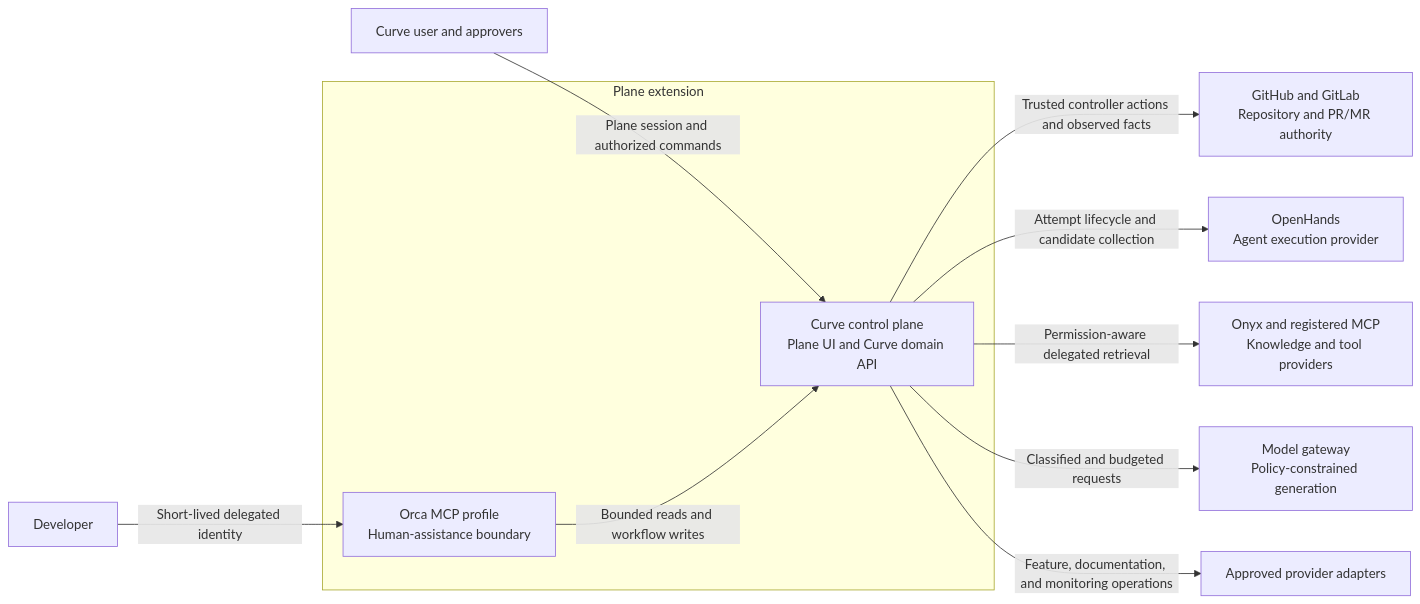
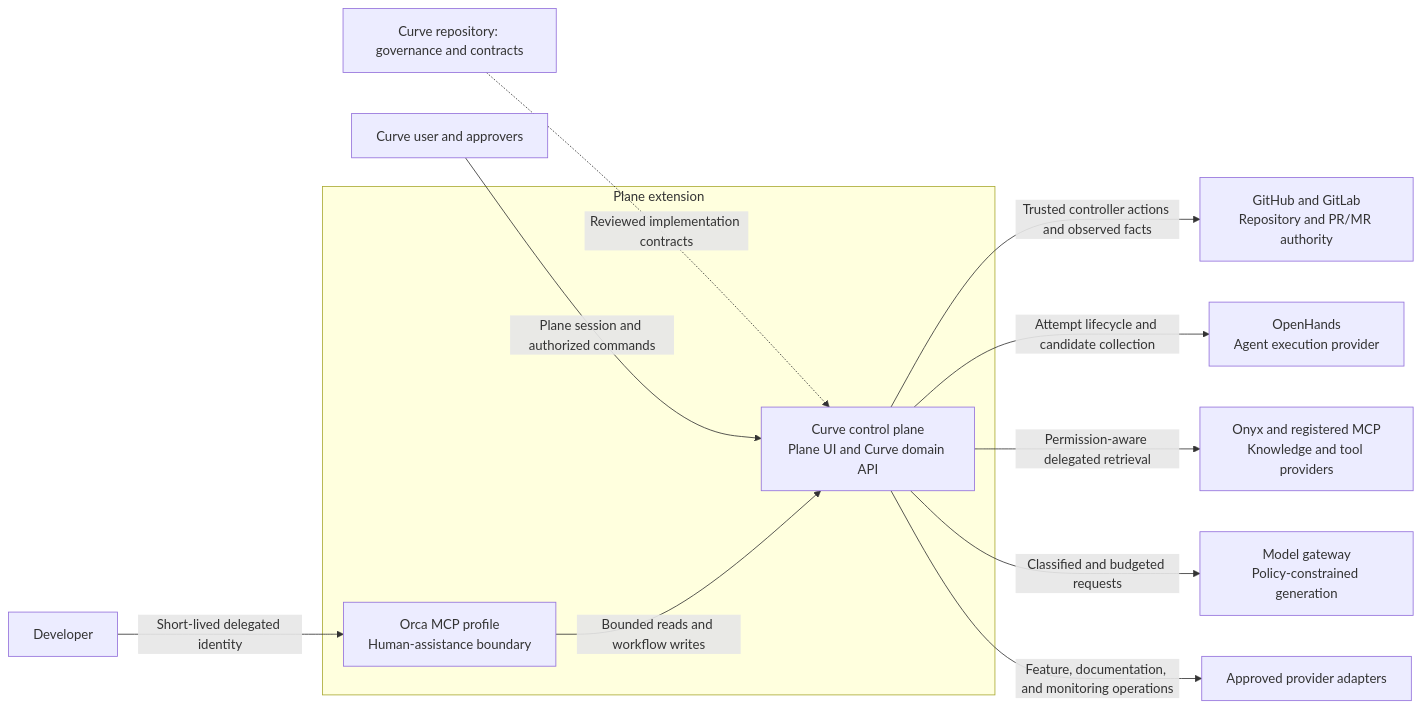
One commit to faocampo/curve changed the first of 3 diagrams in docs/technical/c4-architecture.md. Above: the diagram before and after it, drawn with Mermaid. The commit also changed other lines of this file and 57 other files, not shown here.

````diff
--- a/docs/technical/c4-architecture.md
+++ b/docs/technical/c4-architecture.md
@@ -31,17 +34,18 @@
 ```mermaid
 flowchart LR
+    governance["Curve repository: governance and contracts"] -. "Reviewed implementation contracts" .-> curve
     user["Curve user and approvers"] -->|"Plane session and authorized commands"| curve
     developer["Developer"] -->|"Short-lived delegated identity"| orca
 
     subgraph plane["Plane extension"]
         curve["Curve control plane\nPlane UI and Curve domain API"]
         orca["Orca MCP profile\nHuman-assistance boundary"]
         orca -->|"Bounded reads and workflow writes"| curve
     end
 
     curve -->|"Trusted controller actions and observed facts"| vcs["GitHub and GitLab\nRepository and PR/MR authority"]
     curve -->|"Attempt lifecycle and candidate collection"| openhands["OpenHands\nAgent execution provider"]
     curve -->|"Permission-aware delegated retrieval"| onyx["Onyx and registered MCP\nKnowledge and tool providers"]
     curve -->|"Classified and budgeted requests"| model["Model gateway\nPolicy-constrained generation"]
     curve -->|"Feature, documentation, and monitoring operations"| providers["Approved provider adapters"]
 ```
````
